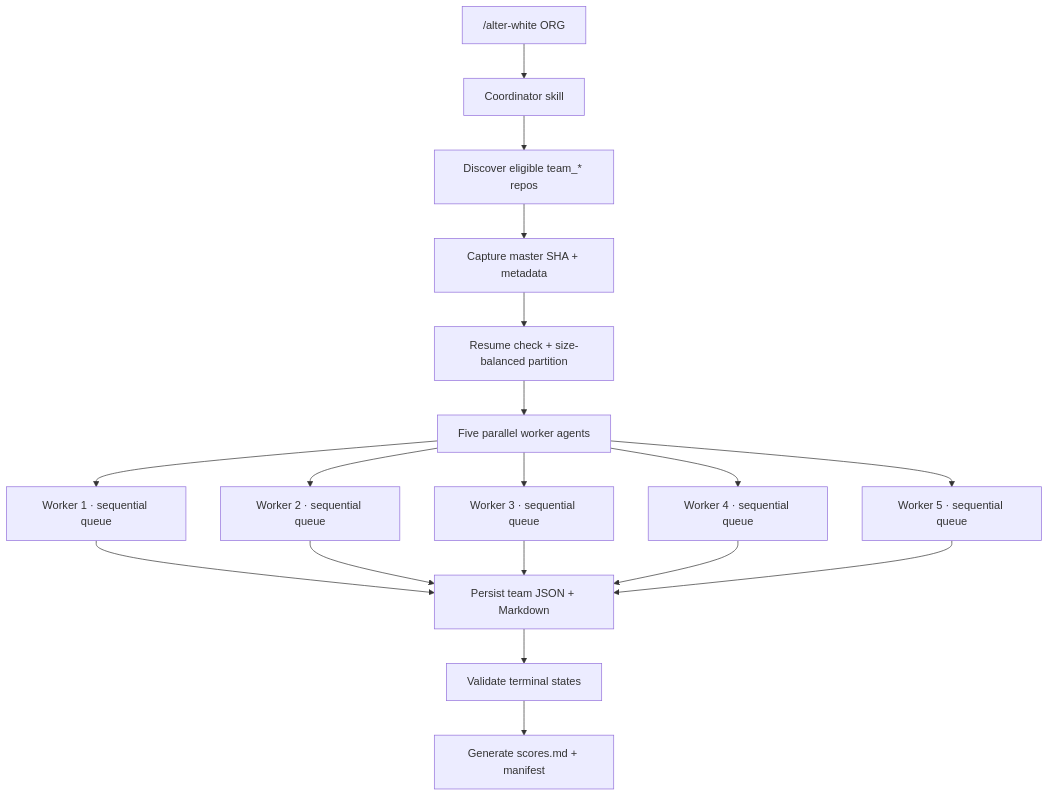
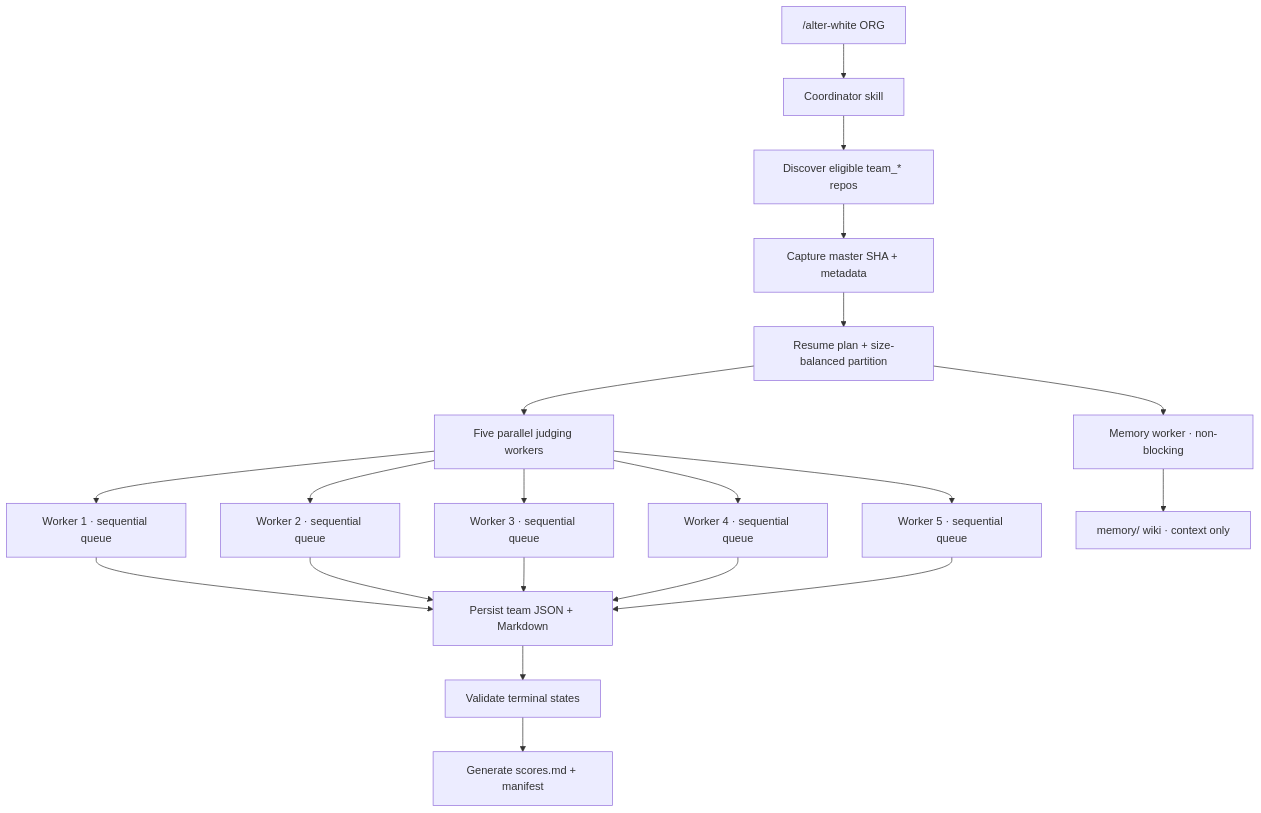
The diagram in README.md (raihankhan/agent-alter-white), drawn with Mermaid before and after one commit. The commit also changed other lines of this file and 16 other files, not shown here.

First line of the commit message:
Add a memory layer and a non-blocking sixth worker

````diff
--- a/README.md
+++ b/README.md
@@ -87,20 +88,22 @@
 ```mermaid
 flowchart TD
     A["/alter-white ORG"] --> B["Coordinator skill"]
     B --> C["Discover eligible team_* repos"]
     C --> D["Capture master SHA + metadata"]
-    D --> E["Resume check + size-balanced partition"]
-    E --> F["Five parallel worker agents"]
+    D --> E["Resume plan + size-balanced partition"]
+    E --> F["Five parallel judging workers"]
+    E --> M0["Memory worker · non-blocking"]
     F --> G1["Worker 1 · sequential queue"]
     F --> G2["Worker 2 · sequential queue"]
     F --> G3["Worker 3 · sequential queue"]
     F --> G4["Worker 4 · sequential queue"]
     F --> G5["Worker 5 · sequential queue"]
+    M0 --> MM["memory/ wiki · context only"]
     G1 --> H["Persist team JSON + Markdown"]
     G2 --> H
     G3 --> H
     G4 --> H
     G5 --> H
     H --> I["Validate terminal states"]
     I --> J["Generate scores.md + manifest"]
 ```
````
